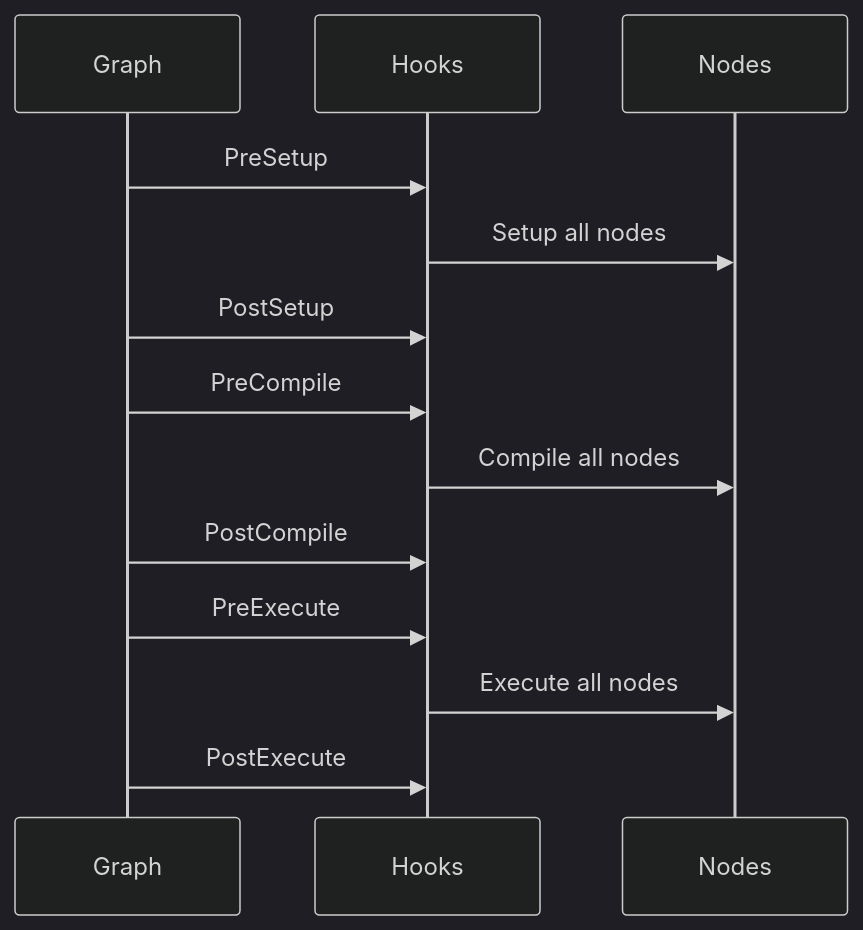
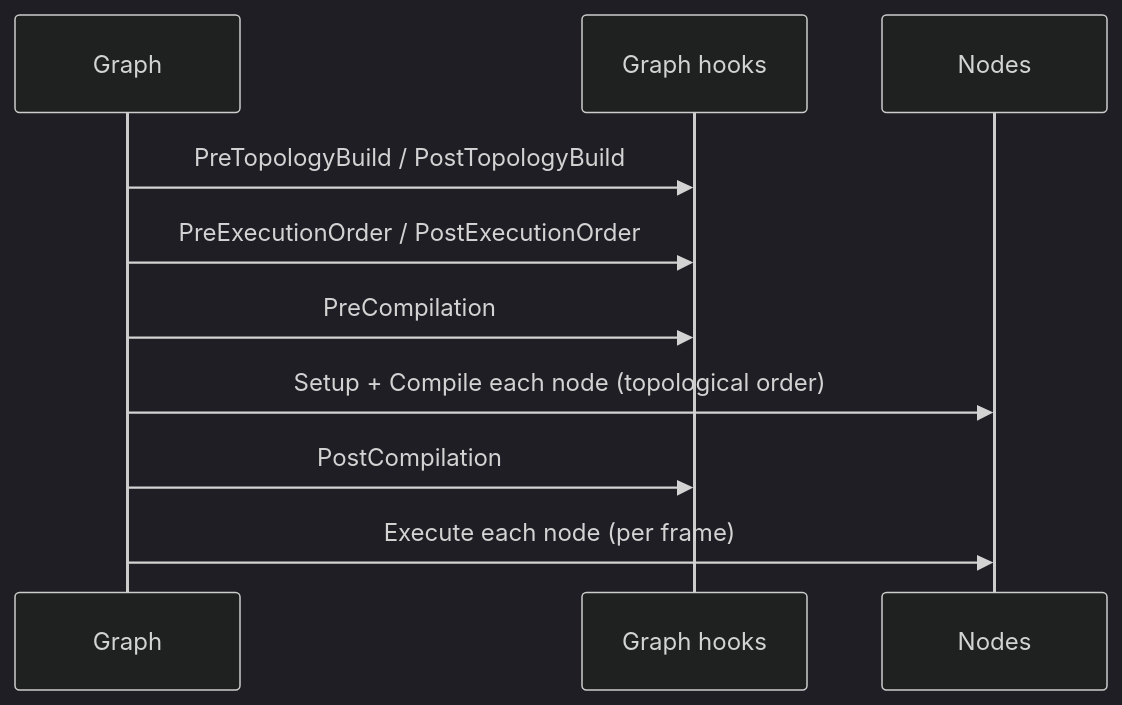
The third of 3 diagrams in VIXEN/Vixen-Docs/01-Architecture/RenderGraph-System.md (Lint111/VBVS--VIXEN), drawn with Mermaid (dark theme) before and after one commit. The commit also changed other lines of this file and 85 other files, not shown here.

First line of the commit message:
refactor(rendergraph): per-node lifecycle events replace the generic hook registry

````diff
--- a/VIXEN/Vixen-Docs/01-Architecture/RenderGraph-System.md
+++ b/VIXEN/Vixen-Docs/01-Architecture/RenderGraph-System.md
@@ -86,16 +88,13 @@
 ```mermaid
 sequenceDiagram
     participant G as Graph
-    participant H as Hooks
+    participant H as Graph hooks
     participant N as Nodes
 
-    G->>H: PreSetup
-    H->>N: Setup all nodes
-    G->>H: PostSetup
-    G->>H: PreCompile
-    H->>N: Compile all nodes
-    G->>H: PostCompile
-    G->>H: PreExecute
-    H->>N: Execute all nodes
-    G->>H: PostExecute
+    G->>H: PreTopologyBuild / PostTopologyBuild
+    G->>H: PreExecutionOrder / PostExecutionOrder
+    G->>H: PreCompilation
+    G->>N: Setup + Compile each node (topological order)
+    G->>H: PostCompilation
+    G->>N: Execute each node (per frame)
 ```
````
